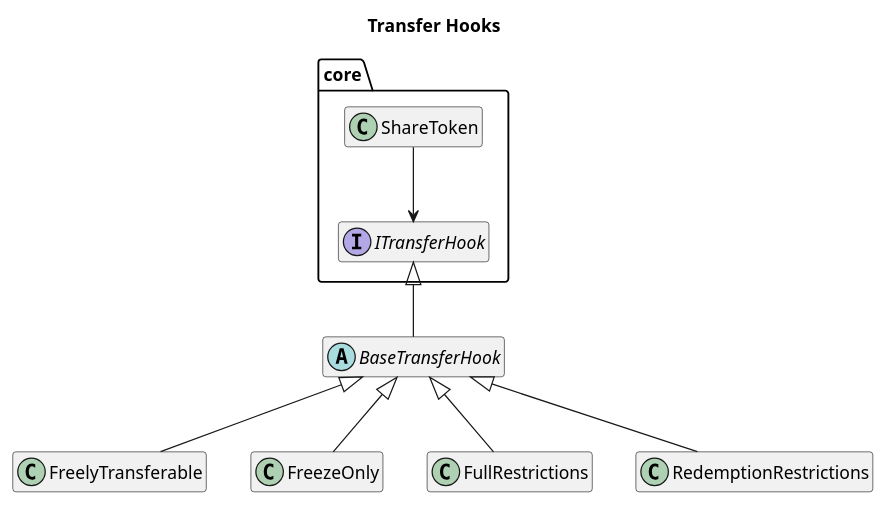
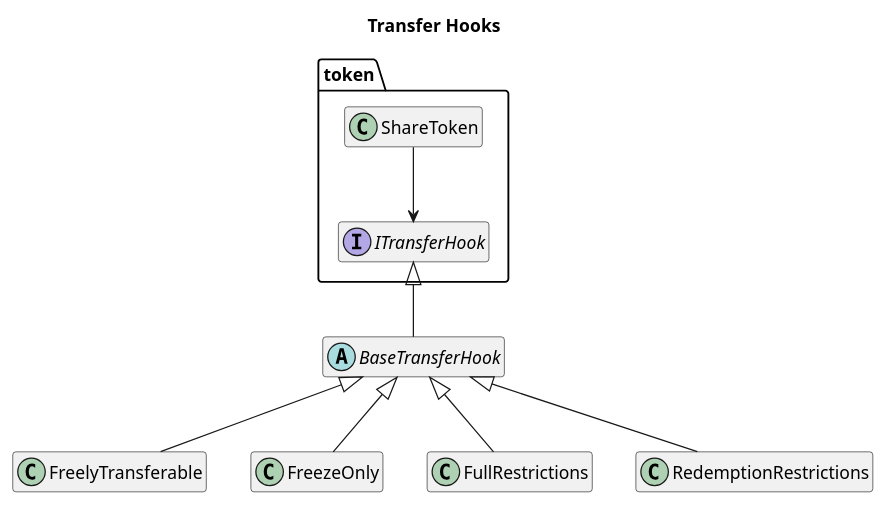
One commit to centrifuge/protocol changed the diagram in docs/architecture/hooks.puml. Above: the diagram before and after it, drawn with PlantUML. The commit also changed 446 other files, not shown here.

```diff
--- a/docs/architecture/hooks.puml
+++ b/docs/architecture/hooks.puml
@@ -1,25 +1,25 @@
 @startuml hooks
 title Transfer Hooks
 hide empty members
 
-package core {
+package token {
     class ShareToken
     interface ITransferHook
 }
 
 abstract BaseTransferHook
 class FreelyTransferable
 class FreezeOnly
 class FullRestrictions
 class RedemptionRestrictions
 
 BaseTransferHook -up-|> ITransferHook
 
 FreelyTransferable -up-|> BaseTransferHook
 FreezeOnly -up-|> BaseTransferHook
 FullRestrictions -up-|> BaseTransferHook
 RedemptionRestrictions -up-|> BaseTransferHook
 
 ShareToken --> ITransferHook
 
 @enduml
```
